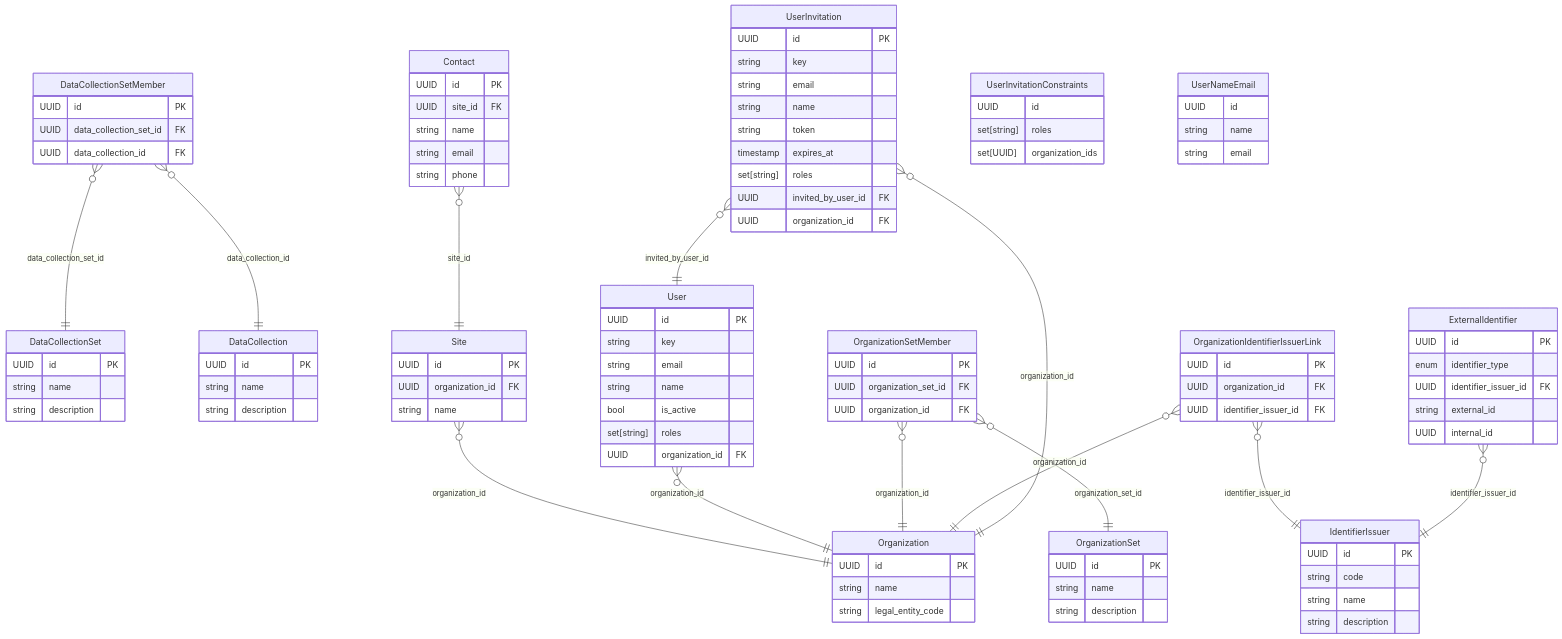
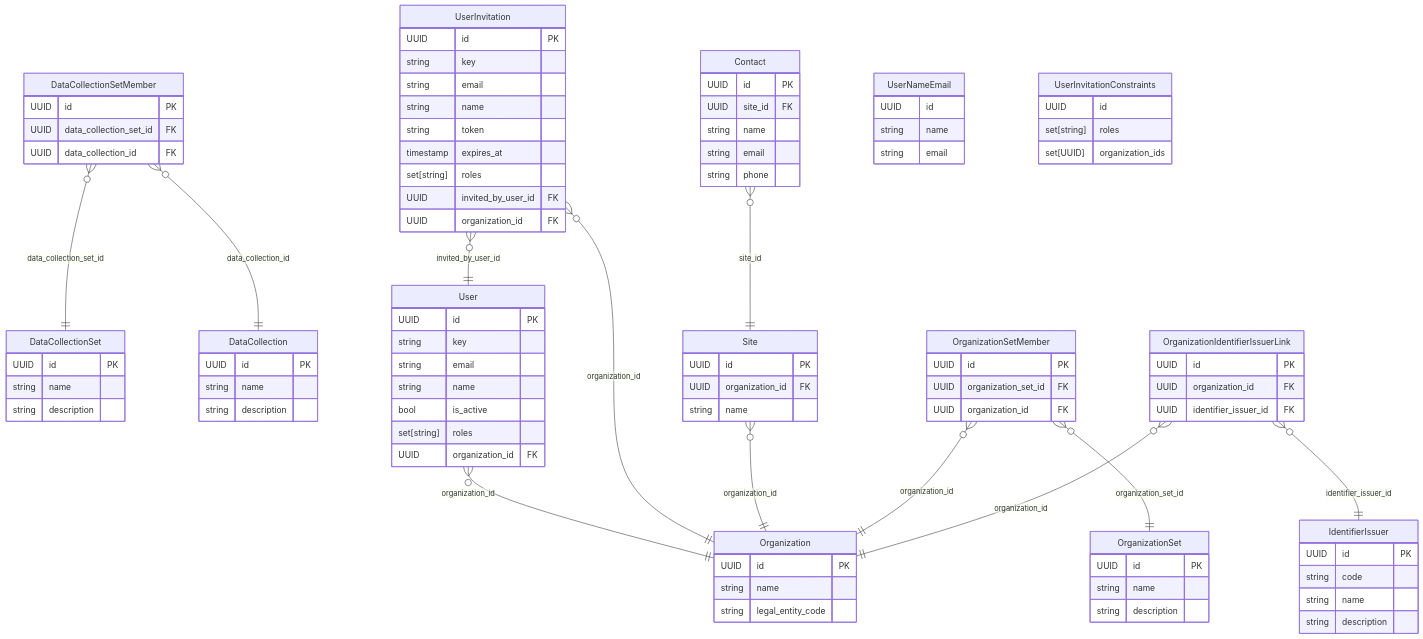
Before and after one commit to RIVM-bioinformatics/gen-epix-api: the diagram in docs/erm/omopdb.organization.detailed.md, drawn with Mermaid. The commit also changed other lines of this file and 186 other files, not shown here.

Commit message:
feat: Lsp 3015 replace external identifier with identifier models (#429)

````diff
--- a/docs/erm/omopdb.organization.detailed.md
+++ b/docs/erm/omopdb.organization.detailed.md
@@ -9,16 +9,15 @@
     %% Relationships
     DataCollectionSetMember }o--|| DataCollectionSet : "data_collection_set_id"
     DataCollectionSetMember }o--|| DataCollection : "data_collection_id"
+    Contact }o--|| Site : "site_id"
+    User }o--|| Organization : "organization_id"
+    UserInvitation }o--|| Organization : "organization_id"
+    UserInvitation }o--|| User : "invited_by_user_id"
     Site }o--|| Organization : "organization_id"
-    User }o--|| Organization : "organization_id"
     OrganizationSetMember }o--|| OrganizationSet : "organization_set_id"
     OrganizationSetMember }o--|| Organization : "organization_id"
     OrganizationIdentifierIssuerLink }o--|| Organization : "organization_id"
     OrganizationIdentifierIssuerLink }o--|| IdentifierIssuer : "identifier_issuer_id"
-    UserInvitation }o--|| Organization : "organization_id"
-    UserInvitation }o--|| User : "invited_by_user_id"
-    Contact }o--|| Site : "site_id"
-    ExternalIdentifier }o--|| IdentifierIssuer : "identifier_issuer_id"
 
     %% Entity definitions
     DataCollectionSetMember {
@@ -27,23 +26,30 @@
         UUID data_collection_id FK
     }
 
-    Site {
+    DataCollectionSet {
         UUID id PK
-        UUID organization_id FK
         string name
+        string description
     }
 
-    UserInvitationConstraints {
-        UUID id
-        set[string] roles
-        set[UUID] organization_ids
+    OrganizationSet {
+        UUID id PK
+        string name
+        string description
     }
 
-    IdentifierIssuer {
+    DataCollection {
         UUID id PK
-        string code
         string name
         string description
+    }
+
+    Contact {
+        UUID id PK
+        UUID site_id FK
+        string name
+        string email
+        string phone
     }
 
     User {
@@ -54,18 +60,6 @@
         bool is_active
         set[string] roles
         UUID organization_id FK
-    }
-
-    OrganizationSetMember {
-        UUID id PK
-        UUID organization_set_id FK
-        UUID organization_id FK
-    }
-
-    OrganizationIdentifierIssuerLink {
-        UUID id PK
-        UUID organization_id FK
-        UUID identifier_issuer_id FK
     }
 
     UserInvitation {
@@ -80,16 +74,29 @@
         UUID organization_id FK
     }
 
-    DataCollectionSet {
+    IdentifierIssuer {
         UUID id PK
+        string code
         string name
         string description
     }
 
-    DataCollection {
+    UserNameEmail {
+        UUID id
+        string name
+        string email
+    }
+
+    Site {
         UUID id PK
+        UUID organization_id FK
         string name
-        string description
+    }
+
+    OrganizationSetMember {
+        UUID id PK
+        UUID organization_set_id FK
+        UUID organization_id FK
     }
 
     Organization {
@@ -98,32 +105,16 @@
         string legal_entity_code
     }
 
-    UserNameEmail {
-        UUID id
-        string name
-        string email
+    OrganizationIdentifierIssuerLink {
+        UUID id PK
+        UUID organization_id FK
+        UUID identifier_issuer_id FK
     }
 
-    OrganizationSet {
-        UUID id PK
-        string name
-        string description
-    }
-
-    Contact {
-        UUID id PK
-        UUID site_id FK
-        string name
-        string email
-        string phone
-    }
-
-    ExternalIdentifier {
-        UUID id PK
-        enum identifier_type
-        UUID identifier_issuer_id FK
-        string external_id
-        UUID internal_id
+    UserInvitationConstraints {
+        UUID id
+        set[string] roles
+        set[UUID] organization_ids
     }
 
 ```
````
